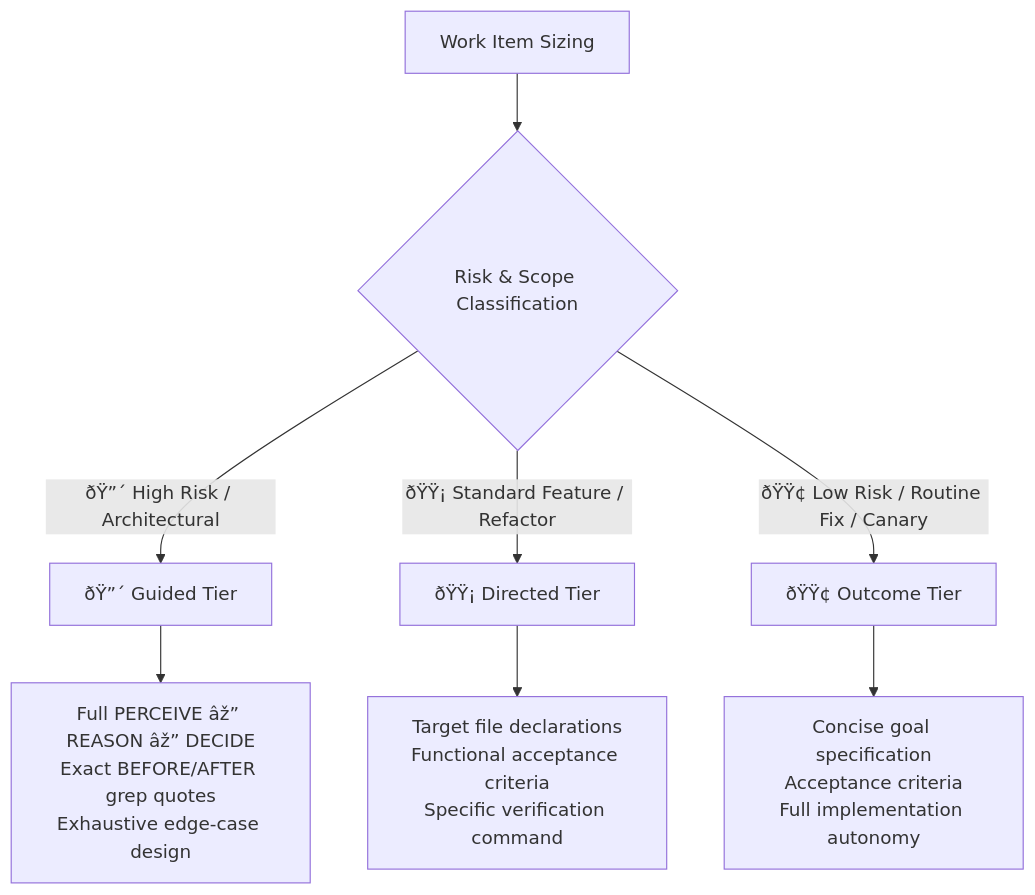
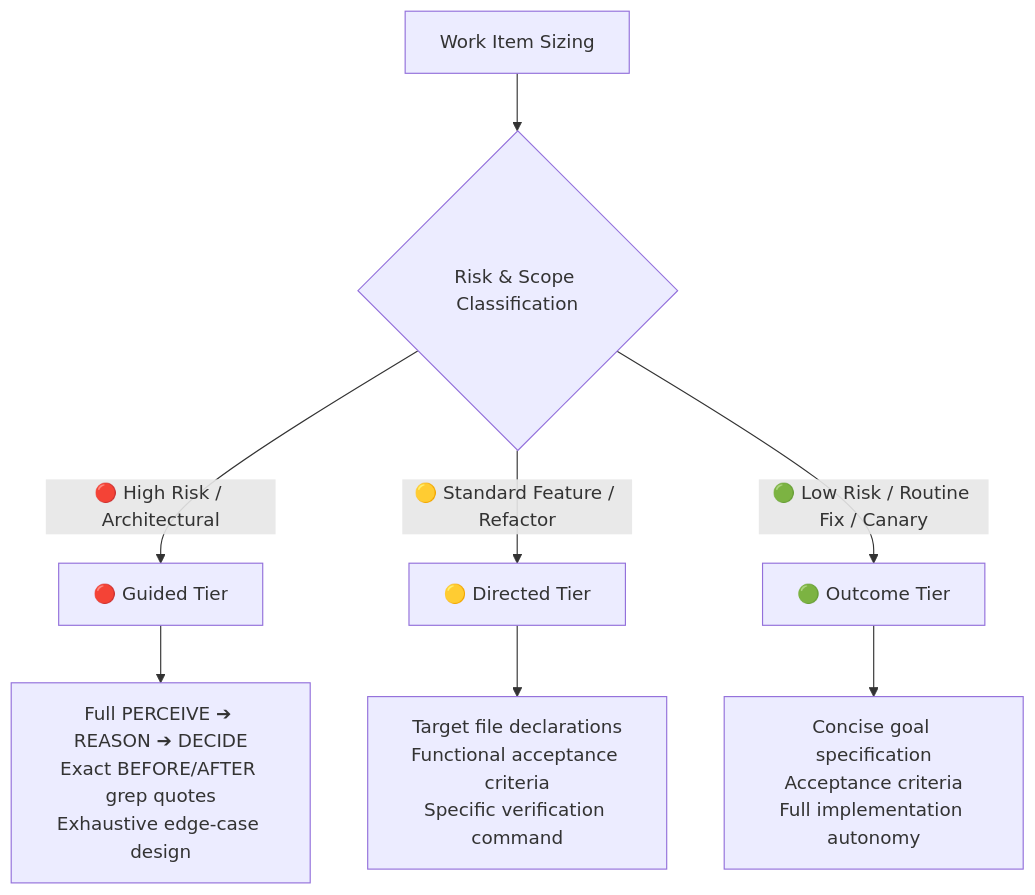
Before and after one commit to bhaskarjha-dev/kramak: the second of 2 diagrams in docs/SPECIFICATION.md, drawn with Mermaid. The commit also changed other lines of this file and 12 other files, not shown here.

````diff
--- a/docs/SPECIFICATION.md
+++ b/docs/SPECIFICATION.md
@@ -156,11 +159,11 @@
 ```mermaid
 graph TD
     WI[Work Item Sizing] --> Risk{Risk & Scope Classification}
-    Risk -->|ðŸ”´ High Risk / Architectural| Guided[ðŸ”´ Guided Tier]
-    Risk -->|ðŸŸ¡ Standard Feature / Refactor| Directed[ðŸŸ¡ Directed Tier]
-    Risk -->|ðŸŸ¢ Low Risk / Routine Fix / Canary| Outcome[ðŸŸ¢ Outcome Tier]
+    Risk -->|🔴 High Risk / Architectural| Guided[🔴 Guided Tier]
+    Risk -->|🟡 Standard Feature / Refactor| Directed[🟡 Directed Tier]
+    Risk -->|🟢 Low Risk / Routine Fix / Canary| Outcome[🟢 Outcome Tier]
     
-    Guided --> G1[Full PERCEIVE âž” REASON âž” DECIDE<br/>Exact BEFORE/AFTER grep quotes<br/>Exhaustive edge-case design]
+    Guided --> G1[Full PERCEIVE ➔ REASON ➔ DECIDE<br/>Exact BEFORE/AFTER grep quotes<br/>Exhaustive edge-case design]
     Directed --> D1[Target file declarations<br/>Functional acceptance criteria<br/>Specific verification command]
     Outcome --> O1[Concise goal specification<br/>Acceptance criteria<br/>Full implementation autonomy]
 ```
````
